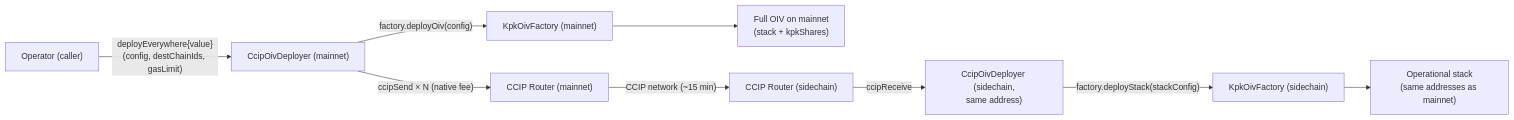
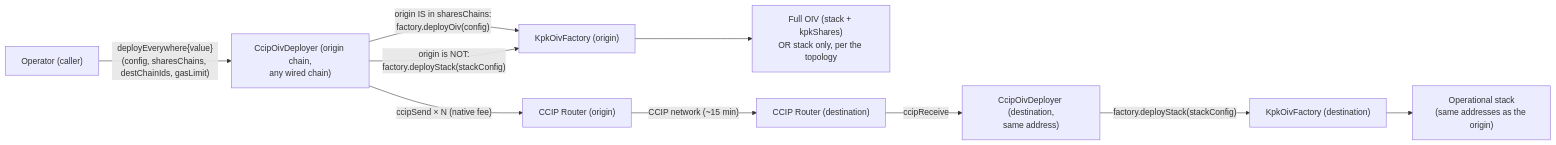
One commit to karpatkey/onchain-investment-vehicles changed the first of 3 diagrams in docs/CCIP_FUND_DEPLOYMENT_FLOW.md. Above: the diagram before and after it, drawn with Mermaid. The commit also changed other lines of this file and 66 other files, not shown here.

First line of the commit message:
feat(ccip): any wired chain can fan out, and the registry is seeded at construction (#50)

````diff
--- a/docs/CCIP_FUND_DEPLOYMENT_FLOW.md
+++ b/docs/CCIP_FUND_DEPLOYMENT_FLOW.md
@@ -16,11 +35,12 @@
 ```mermaid
 flowchart LR
-    Op["Operator (caller)"] -->|"deployEverywhere{value}(config, destChainIds, gasLimit)"| Orc["CcipOivDeployer (mainnet)"]
-    Orc -->|"factory.deployOiv(config)"| F["KpkOivFactory (mainnet)"]
-    F --> Fund["Full OIV on mainnet<br/>(stack + kpkShares)"]
-    Orc -->|"ccipSend × N (native fee)"| R["CCIP Router (mainnet)"]
-    R -->|"CCIP network (~15 min)"| R2["CCIP Router (sidechain)"]
-    R2 -->|"ccipReceive"| Orc2["CcipOivDeployer (sidechain,<br/>same address)"]
-    Orc2 -->|"factory.deployStack(stackConfig)"| F2["KpkOivFactory (sidechain)"]
-    F2 --> Stack["Operational stack<br/>(same addresses as mainnet)"]
+    Op["Operator (caller)"] -->|"deployEverywhere{value}(config, sharesChains, destChainIds, gasLimit)"| Orc["CcipOivDeployer (origin chain,<br/>any wired chain)"]
+    Orc -->|"origin IS in sharesChains:<br/>factory.deployOiv(config)"| F["KpkOivFactory (origin)"]
+    Orc -->|"origin is NOT:<br/>factory.deployStack(stackConfig)"| F
+    F --> Fund["Full OIV (stack + kpkShares)<br/>OR stack only, per the topology"]
+    Orc -->|"ccipSend × N (native fee)"| R["CCIP Router (origin)"]
+    R -->|"CCIP network (~15 min)"| R2["CCIP Router (destination)"]
+    R2 -->|"ccipReceive"| Orc2["CcipOivDeployer (destination,<br/>same address)"]
+    Orc2 -->|"factory.deployStack(stackConfig)"| F2["KpkOivFactory (destination)"]
+    F2 --> Stack["Operational stack<br/>(same addresses as the origin)"]
 ```
````
